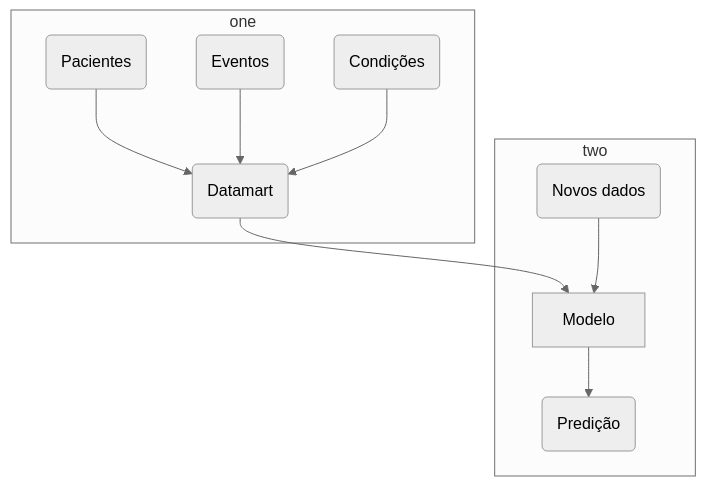
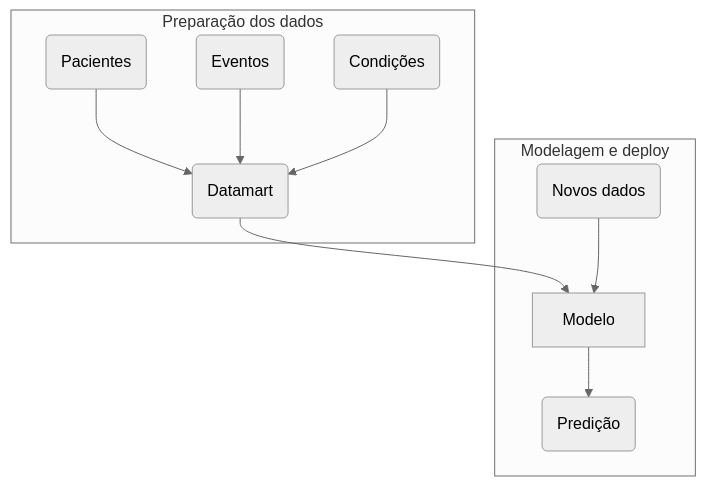
Before and after one commit to brolesi/ds4h: the diagram in README.md, drawn with Mermaid (neutral theme). The commit also changed other lines of this file, not shown here.

````diff
--- a/README.md
+++ b/README.md
@@ -27,14 +31,14 @@
 ```mermaid
 graph TB;
-subgraph one
+subgraph Preparação dos dados
   id1(Pacientes) --> id4(Datamart);
   id2(Eventos)   --> id4(Datamart);
   id3(Condições) --> id4(Datamart);
 end
   id4(Datamart) -->  id5[Modelo];
-subgraph two
+subgraph Modelagem e deploy
   id6(Novos dados) --> id5[Modelo];
   id5[Modelo] --> id7(Predição)
 end
 ;
 ```
````
